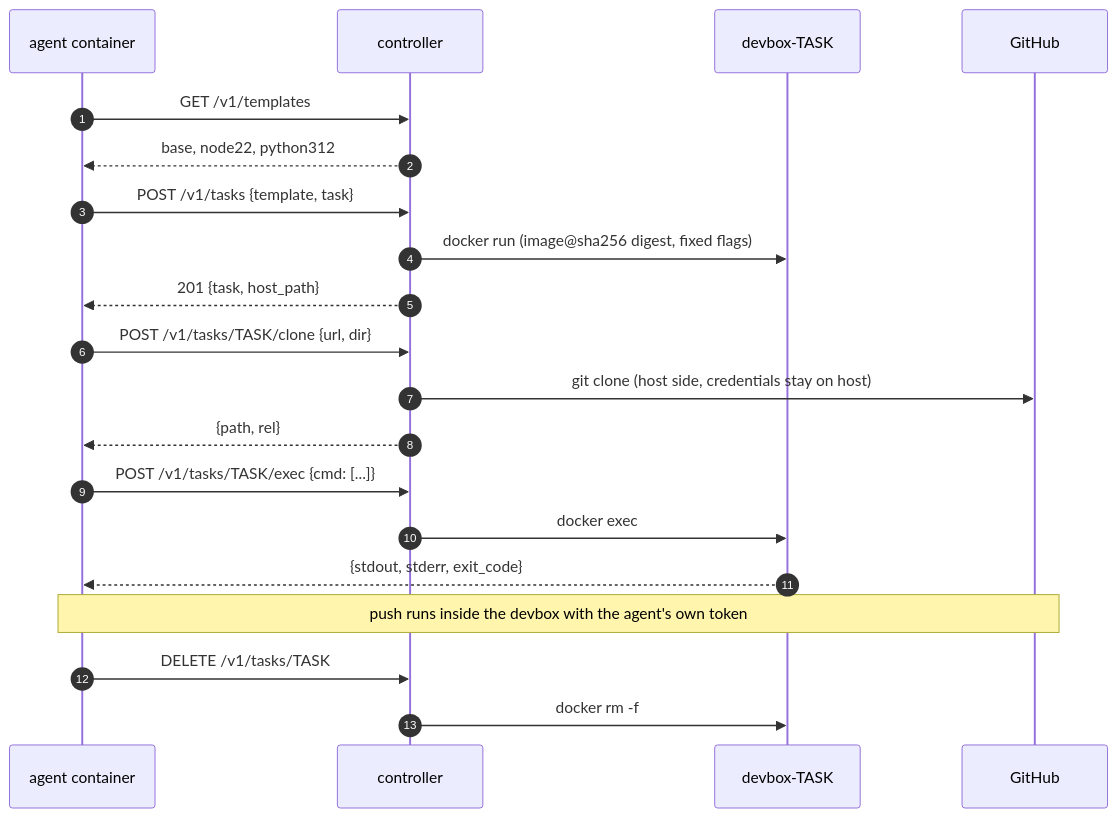
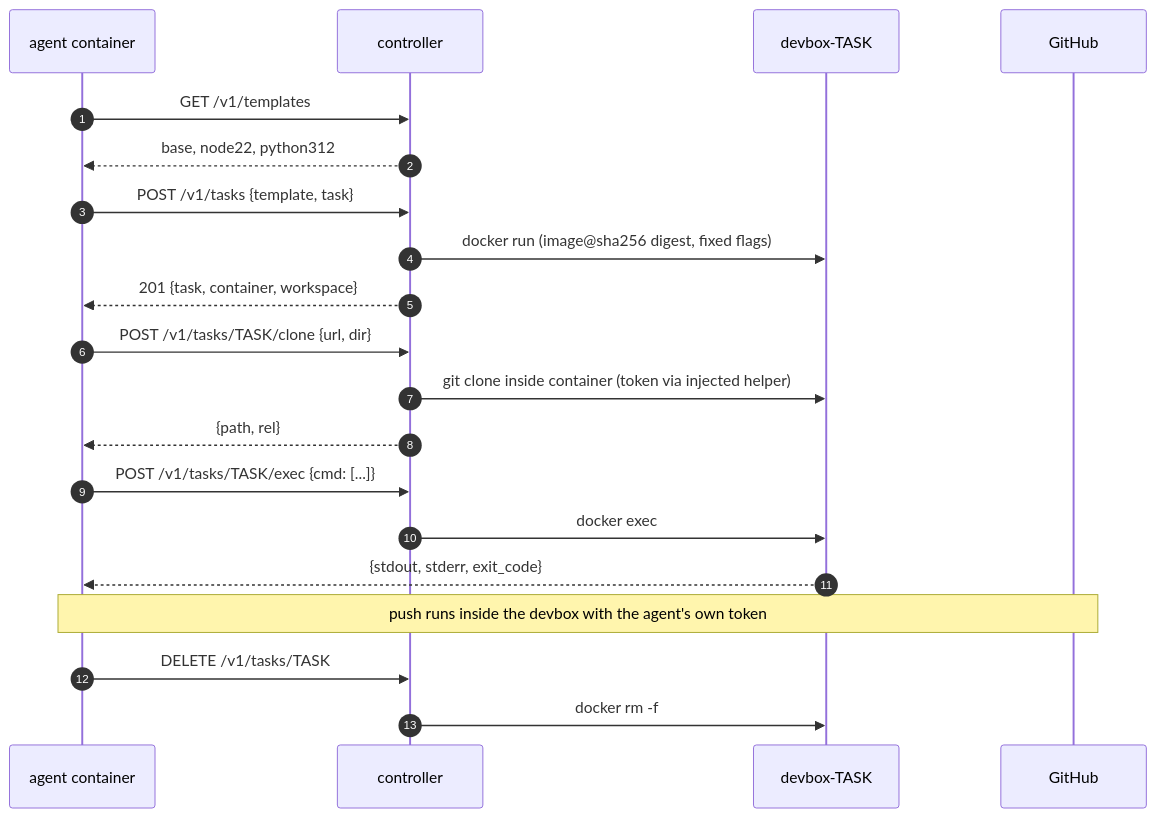
One commit to sysnapse/devbox-controller changed the second of 2 diagrams in README.md. Above: the diagram before and after it, drawn with Mermaid. The commit also changed other lines of this file and 11 other files, not shown here.

First line of the commit message:
refactor(controller): no host mount; repo cloned into ephemeral container workspace

````diff
--- a/README.md
+++ b/README.md
@@ -36,23 +36,23 @@
 ```mermaid
 sequenceDiagram
     autonumber
     participant Agent as agent container
     participant Ctrl as controller
     participant Dev as devbox-TASK
     participant GH as GitHub
 
     Agent->>Ctrl: GET /v1/templates
     Ctrl-->>Agent: base, node22, python312
     Agent->>Ctrl: POST /v1/tasks {template, task}
     Ctrl->>Dev: docker run (image@sha256 digest, fixed flags)
-    Ctrl-->>Agent: 201 {task, host_path}
+    Ctrl-->>Agent: 201 {task, container, workspace}
     Agent->>Ctrl: POST /v1/tasks/TASK/clone {url, dir}
-    Ctrl->>GH: git clone (host side, credentials stay on host)
+    Ctrl->>Dev: git clone inside container (token via injected helper)
     Ctrl-->>Agent: {path, rel}
     Agent->>Ctrl: POST /v1/tasks/TASK/exec {cmd: [...]}
     Ctrl->>Dev: docker exec
     Dev-->>Agent: {stdout, stderr, exit_code}
     Note over Agent,GH: push runs inside the devbox with the agent's own token
     Agent->>Ctrl: DELETE /v1/tasks/TASK
     Ctrl->>Dev: docker rm -f
 ```
````
